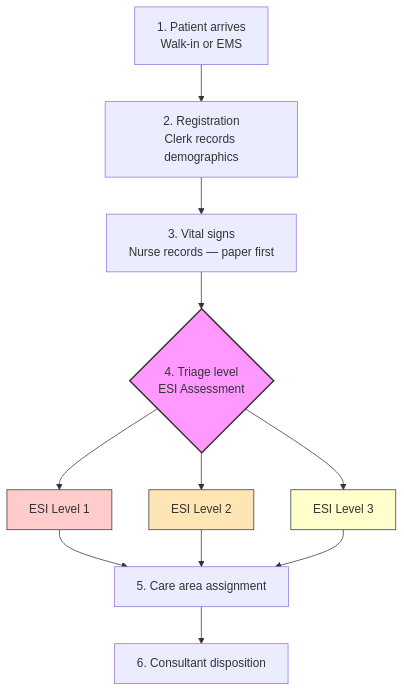
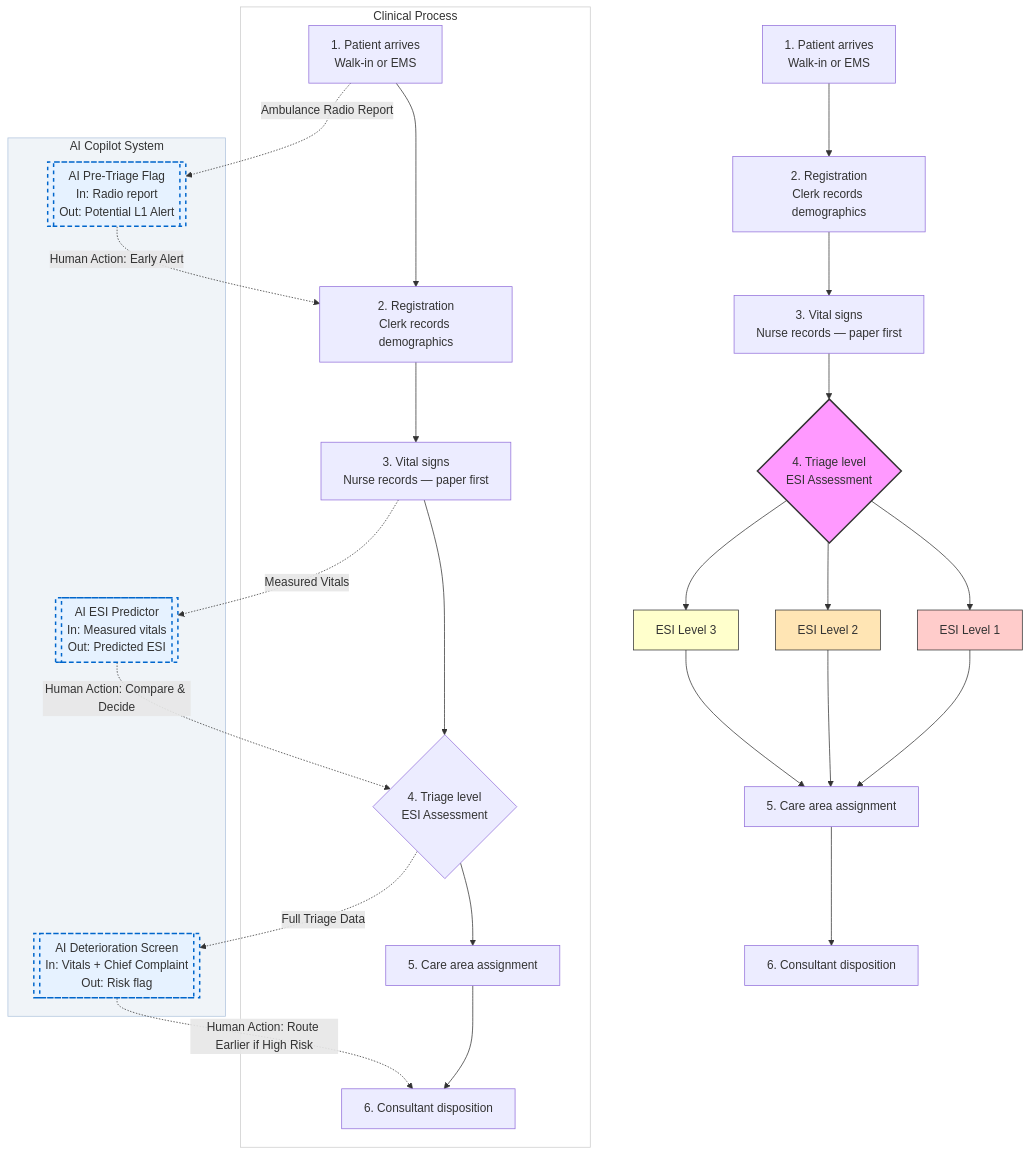
Before and after one commit to DavidX206/mermaid-tut: the diagram in README.md, drawn with Mermaid.

Commit message:
Update flow diagrams in README.md

````diff
--- a/README.md
+++ b/README.md
@@ -1,31 +1,67 @@
 ```mermaid
 graph TD
+
+    %% ── FLOW 1: ESI TRIAGE ──────────────────────────────────────────
     A["1. Patient arrives\nWalk-in or EMS"]
     B["2. Registration\nClerk records demographics"]
     C["3. Vital signs\nNurse records — paper first"]
     D{"4. Triage level\nESI Assessment"}
     E1[ESI Level 1]
     E2[ESI Level 2]
     E3[ESI Level 3]
-    F[5. Care area assignment]
-    G[6. Consultant disposition]
+    F1[5. Care area assignment]
+    G1[6. Consultant disposition]
 
     A --> B
     B --> C
     C --> D
-
     D --> E1
     D --> E2
     D --> E3
+    E1 --> F1
+    E2 --> F1
+    E3 --> F1
+    F1 --> G1
 
-    E1 --> F
-    E2 --> F
-    E3 --> F
-
-    F --> G
-
-    style D fill:#f9f,stroke:#333,stroke-width:2px
+    style D  fill:#f9f,stroke:#333,stroke-width:2px
     style E1 fill:#ffcccb,stroke:#333
     style E2 fill:#ffe5b4,stroke:#333
     style E3 fill:#ffffcc,stroke:#333
+
+    %% ── FLOW 2: CLINICAL + AI LAYER ────────────────────────────────
+    subgraph Clinical_Flow [Clinical Process]
+        AA["1. Patient arrives\nWalk-in or EMS"]
+        AB["2. Registration\nClerk records demographics"]
+        AC["3. Vital signs\nNurse records — paper first"]
+        AD{"4. Triage level\nESI Assessment"}
+        AE[5. Care area assignment]
+        AF[6. Consultant disposition]
+    end
+
+    subgraph AI_Layer [AI Copilot System]
+        AI_EMS[["AI Pre-Triage Flag\nIn: Radio report\nOut: Potential L1 Alert"]]
+        AI_Vitals[["AI ESI Predictor\nIn: Measured vitals\nOut: Predicted ESI"]]
+        AI_Deteriorate[["AI Deterioration Screen\nIn: Vitals + Chief Complaint\nOut: Risk flag"]]
+    end
+
+    AA --> AB
+    AB --> AC
+    AC --> AD
+    AD --> AE
+    AE --> AF
+
+    AA -.->|Ambulance Radio Report| AI_EMS
+    AI_EMS -.->|Human Action: Early Alert| AB
+
+    AC -.->|Measured Vitals| AI_Vitals
+    AI_Vitals -.->|Human Action: Compare & Decide| AD
+
+    AD -.->|Full Triage Data| AI_Deteriorate
+    AI_Deteriorate -.->|Human Action: Route Earlier if High Risk| AF
+
+    style AI_EMS        fill:#e6f2ff,stroke:#0066cc,stroke-width:2px,stroke-dasharray: 5 5
+    style AI_Vitals     fill:#e6f2ff,stroke:#0066cc,stroke-width:2px,stroke-dasharray: 5 5
+    style AI_Deteriorate fill:#e6f2ff,stroke:#0066cc,stroke-width:2px,stroke-dasharray: 5 5
+    style AI_Layer      fill:#f0f4f8,stroke:#b0c4de,stroke-width:1px
+    style Clinical_Flow fill:#ffffff,stroke:#cccccc,stroke-width:1px
 ```
````
